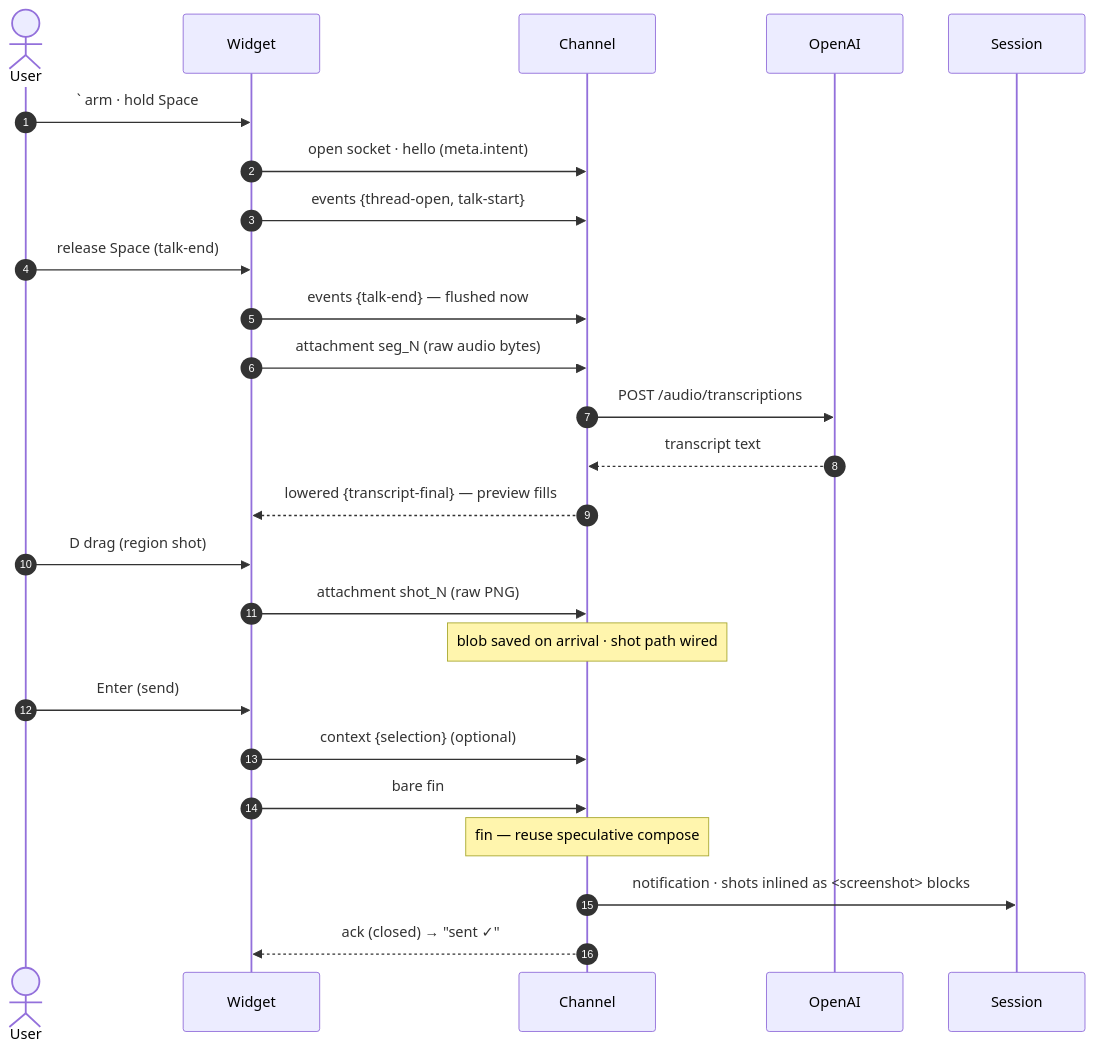
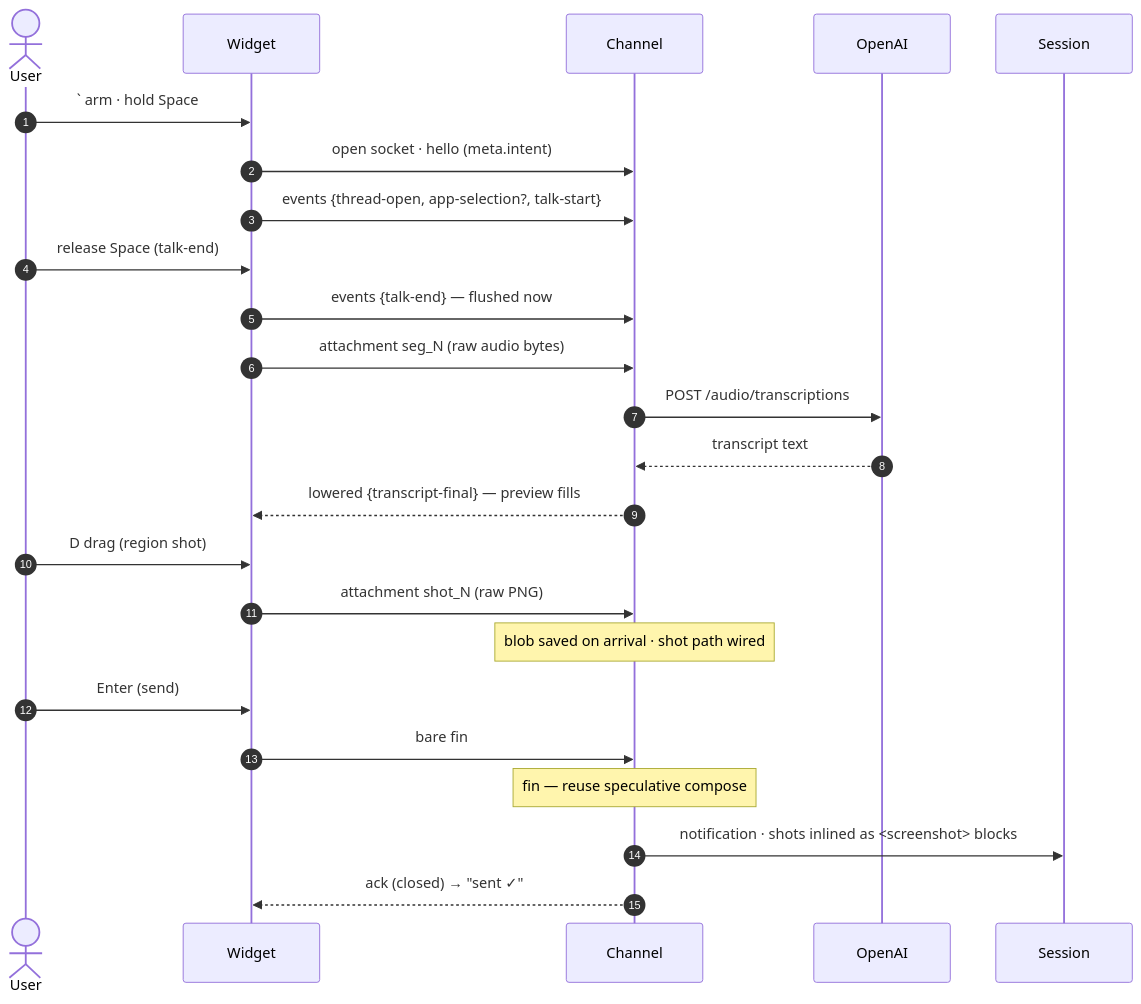
One commit to habemus-papadum/pdum_aiui changed the second of 3 diagrams in docs/guide/web-intent-tool.md. Above: the diagram before and after it, drawn with Mermaid. The commit also changed other lines of this file and 18 other files, not shown here.

````diff
--- a/docs/guide/web-intent-tool.md
+++ b/docs/guide/web-intent-tool.md
@@ -288,28 +299,27 @@
 ```mermaid
 sequenceDiagram
   autonumber
   actor User
   participant W as Widget
   participant C as Channel
   participant AI as OpenAI
   participant S as Session
 
   User->>W: ` arm · hold Space
   W->>C: open socket · hello (meta.intent)
-  W->>C: events {thread-open, talk-start}
+  W->>C: events {thread-open, app-selection?, talk-start}
   User->>W: release Space (talk-end)
   W->>C: events {talk-end} — flushed now
   W->>C: attachment seg_N (raw audio bytes)
   C->>AI: POST /audio/transcriptions
   AI-->>C: transcript text
   C-->>W: lowered {transcript-final} — preview fills
   User->>W: D drag (region shot)
   W->>C: attachment shot_N (raw PNG)
   Note over C: blob saved on arrival · shot path wired
   User->>W: Enter (send)
-  W->>C: context {selection} (optional)
   W->>C: bare fin
   Note over C: fin — reuse speculative compose
   C->>S: notification · shots inlined as <screenshot> blocks
   C-->>W: ack (closed) → "sent ✓"
 ```
````
